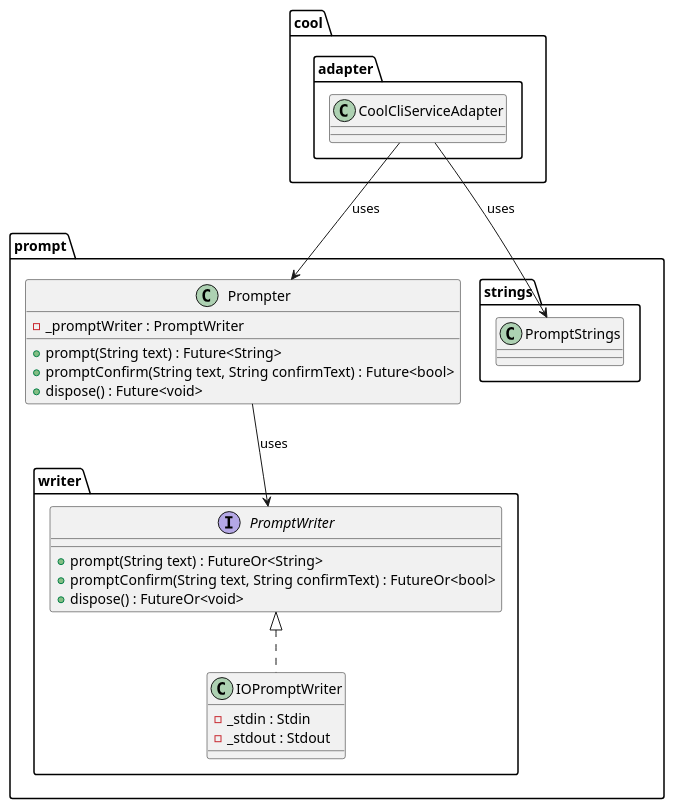
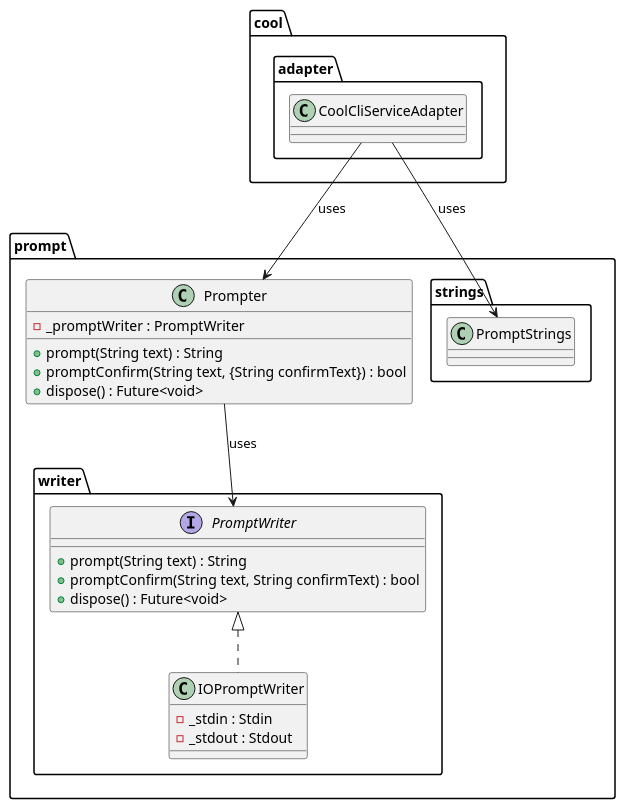
Before and after one commit to Flank/flank-dashboard: the diagram in metrics/cli/docs/diagrams/prompt_class_diagram.puml, drawn with PlantUML. The commit also changed 3 other files, not shown here.

```diff
--- a/metrics/cli/docs/diagrams/prompt_class_diagram.puml
+++ b/metrics/cli/docs/diagrams/prompt_class_diagram.puml
@@ -1,40 +1,40 @@
 @startuml prompt_class_diagram
 
 package prompt {
     package writer {
         interface PromptWriter {
-            + prompt(String text) : FutureOr<String>
-            + promptConfirm(String text, String confirmText) : FutureOr<bool>
-            + dispose() : FutureOr<void>
+            + prompt(String text) : String
+            + promptConfirm(String text, String confirmText) : bool
+            + dispose() : Future<void>
         }
 
         class IOPromptWriter implements PromptWriter{
             - _stdin : Stdin
             - _stdout : Stdout
         }
     }
 
     package strings {
         class PromptStrings{}
     }
 
     class Prompter {
         - _promptWriter : PromptWriter
-        + prompt(String text) : Future<String>
-        + promptConfirm(String text, String confirmText) : Future<bool>
+        + prompt(String text) : String
+        + promptConfirm(String text, {String confirmText}) : bool
         + dispose() : Future<void>
     }
 }
 
 package cool.adapter {
     class CoolCliServiceAdapter {
 
     }
 }
 
 Prompter --> PromptWriter : uses
 
 CoolCliServiceAdapter --> Prompter : uses
 CoolCliServiceAdapter --> PromptStrings : uses
 
 @enduml
```
